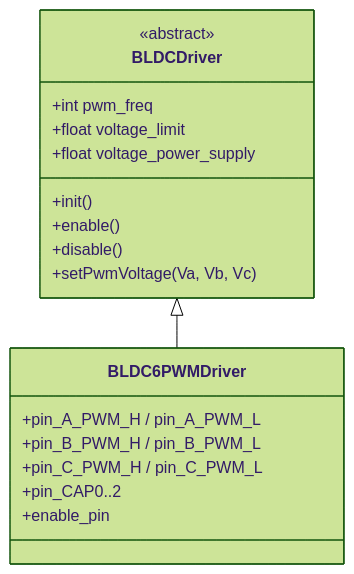
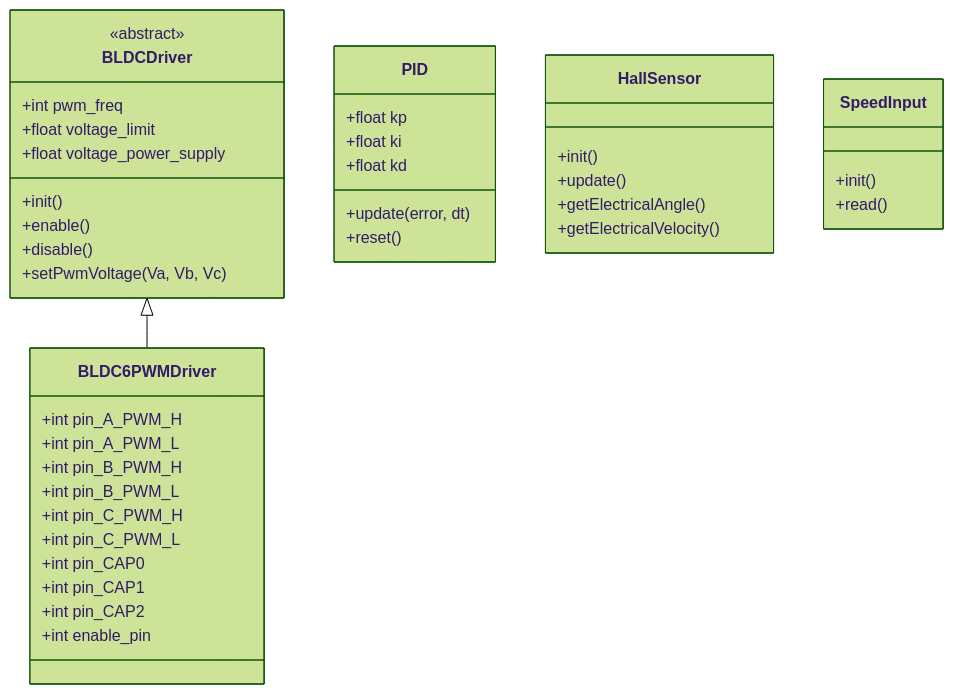
Before and after one commit to Electrium-Mobility/ESC-S25: the second of 3 diagrams in README.md, drawn with Mermaid (forest theme). The commit also changed other lines of this file, not shown here.

Commit message:
Fix README diagrams that weren't rendering

````diff
--- a/README.md
+++ b/README.md
@@ -37,21 +39,43 @@
 ```mermaid
 classDiagram
     class BLDCDriver {
         <<abstract>>
         +int pwm_freq
         +float voltage_limit
         +float voltage_power_supply
         +init()
         +enable()
         +disable()
         +setPwmVoltage(Va, Vb, Vc)
     }
     class BLDC6PWMDriver {
-        +pin_A_PWM_H / pin_A_PWM_L
-        +pin_B_PWM_H / pin_B_PWM_L
-        +pin_C_PWM_H / pin_C_PWM_L
-        +pin_CAP0..2
-        +enable_pin
+        +int pin_A_PWM_H
+        +int pin_A_PWM_L
+        +int pin_B_PWM_H
+        +int pin_B_PWM_L
+        +int pin_C_PWM_H
+        +int pin_C_PWM_L
+        +int pin_CAP0
+        +int pin_CAP1
+        +int pin_CAP2
+        +int enable_pin
+    }
+    class PID {
+        +float kp
+        +float ki
+        +float kd
+        +update(error, dt)
+        +reset()
+    }
+    class HallSensor {
+        +init()
+        +update()
+        +getElectricalAngle()
+        +getElectricalVelocity()
+    }
+    class SpeedInput {
+        +init()
+        +read()
     }
     BLDCDriver <|-- BLDC6PWMDriver
 ```
````
